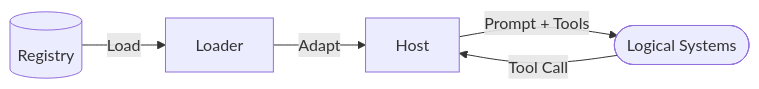
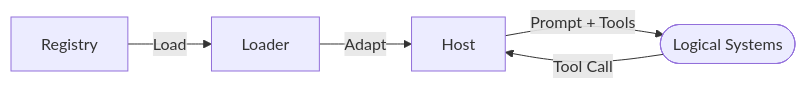
One commit to rosspeili/skillware changed the diagram in README.md. Above: the diagram before and after it, drawn with Mermaid. The commit also changed other lines of this file and 22 other files, not shown here.

Commit message:
docs: sweep vision, bundle class usage, and README Mermaid

````diff
--- a/README.md
+++ b/README.md
@@ -54,7 +54,7 @@
 ```mermaid
 flowchart LR
-    Registry[(Registry)] -->|Load| Loader[Loader]
+    Registry[Registry] -->|Load| Loader[Loader]
     Loader -->|Adapt| Host[Host]
     Host -->|Prompt + Tools| LogicalSystems([Logical Systems])
     LogicalSystems -->|Tool Call| Host
 ```
````
